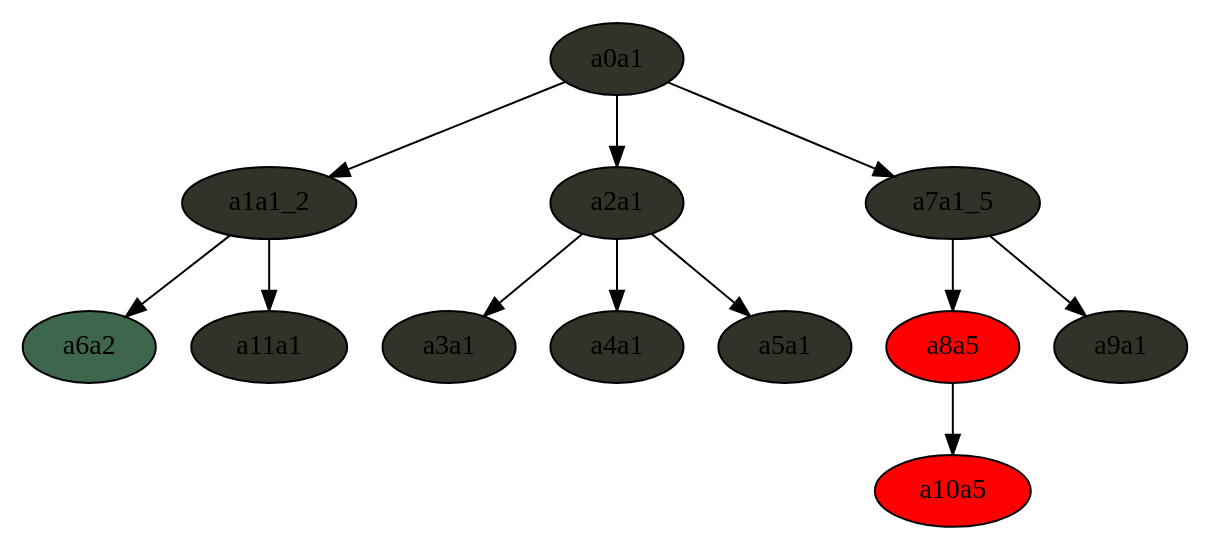
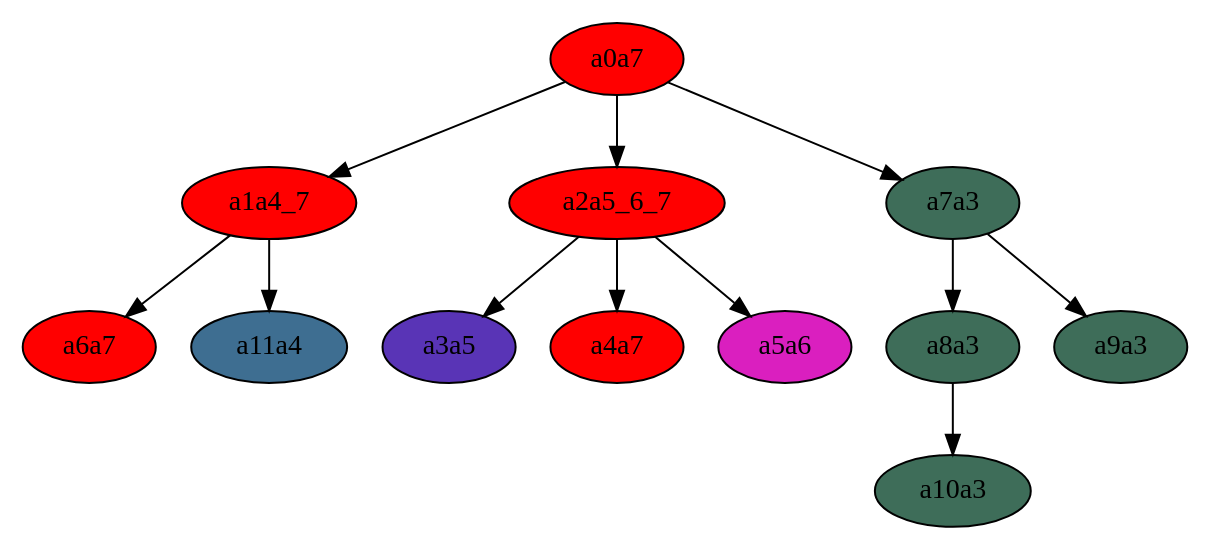
Before and after one commit to MenshovSergey/Fitch: the diagram in fitch_step_1.dot, drawn with Graphviz. The commit also changed 8 other files, not shown here.

```diff
--- a/fitch_step_1.dot
+++ b/fitch_step_1.dot
@@ -1,25 +1,25 @@
 digraph fitch_step_1{
-a0a1 [style=filled,fillcolor="0.2 0.2 0.2"]
-a0a1->a1a1_2;
-a1a1_2 [style=filled,fillcolor="0.2 0.2 0.2"]
-a1a1_2->a6a2;
-a6a2 [style=filled,fillcolor="0.4 0.4 0.4"]
-a1a1_2->a11a1;
-a11a1 [style=filled,fillcolor="0.2 0.2 0.2"]
-a0a1->a2a1;
-a2a1 [style=filled,fillcolor="0.2 0.2 0.2"]
-a2a1->a3a1;
-a3a1 [style=filled,fillcolor="0.2 0.2 0.2"]
-a2a1->a4a1;
-a4a1 [style=filled,fillcolor="0.2 0.2 0.2"]
-a2a1->a5a1;
-a5a1 [style=filled,fillcolor="0.2 0.2 0.2"]
-a0a1->a7a1_5;
-a7a1_5 [style=filled,fillcolor="0.2 0.2 0.2"]
-a7a1_5->a8a5;
-a8a5 [style=filled,fillcolor="1.0 1.0 1.0"]
-a8a5->a10a5;
-a10a5 [style=filled,fillcolor="1.0 1.0 1.0"]
-a7a1_5->a9a1;
-a9a1 [style=filled,fillcolor="0.2 0.2 0.2"]
+a0a7 [style=filled,fillcolor="1.0 1.0 1.0"]
+a0a7->a1a4_7;
+a1a4_7 [style=filled,fillcolor="1.0 1.0 1.0"]
+a1a4_7->a6a7;
+a6a7 [style=filled,fillcolor="1.0 1.0 1.0"]
+a1a4_7->a11a4;
+a11a4 [style=filled,fillcolor="0.5714285714285714 0.5714285714285714 0.5714285714285714"]
+a0a7->a2a5_6_7;
+a2a5_6_7 [style=filled,fillcolor="1.0 1.0 1.0"]
+a2a5_6_7->a3a5;
+a3a5 [style=filled,fillcolor="0.7142857142857143 0.7142857142857143 0.7142857142857143"]
+a2a5_6_7->a4a7;
+a4a7 [style=filled,fillcolor="1.0 1.0 1.0"]
+a2a5_6_7->a5a6;
+a5a6 [style=filled,fillcolor="0.8571428571428571 0.8571428571428571 0.8571428571428571"]
+a0a7->a7a3;
+a7a3 [style=filled,fillcolor="0.42857142857142855 0.42857142857142855 0.42857142857142855"]
+a7a3->a8a3;
+a8a3 [style=filled,fillcolor="0.42857142857142855 0.42857142857142855 0.42857142857142855"]
+a8a3->a10a3;
+a10a3 [style=filled,fillcolor="0.42857142857142855 0.42857142857142855 0.42857142857142855"]
+a7a3->a9a3;
+a9a3 [style=filled,fillcolor="0.42857142857142855 0.42857142857142855 0.42857142857142855"]
 }
```
